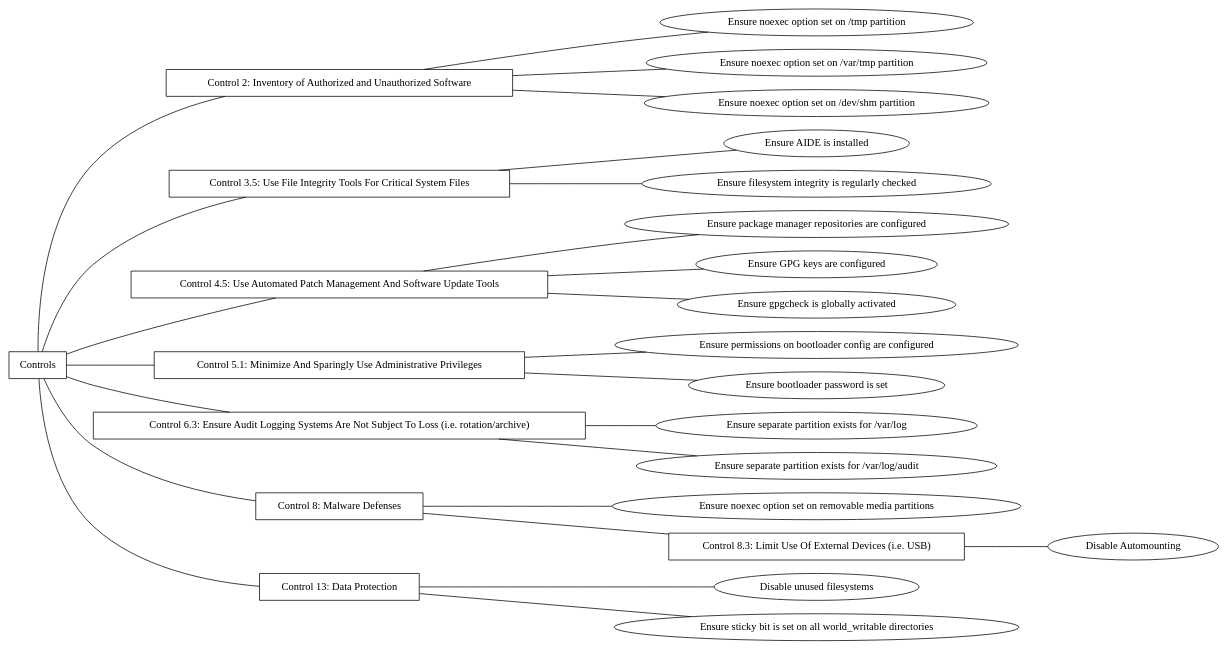
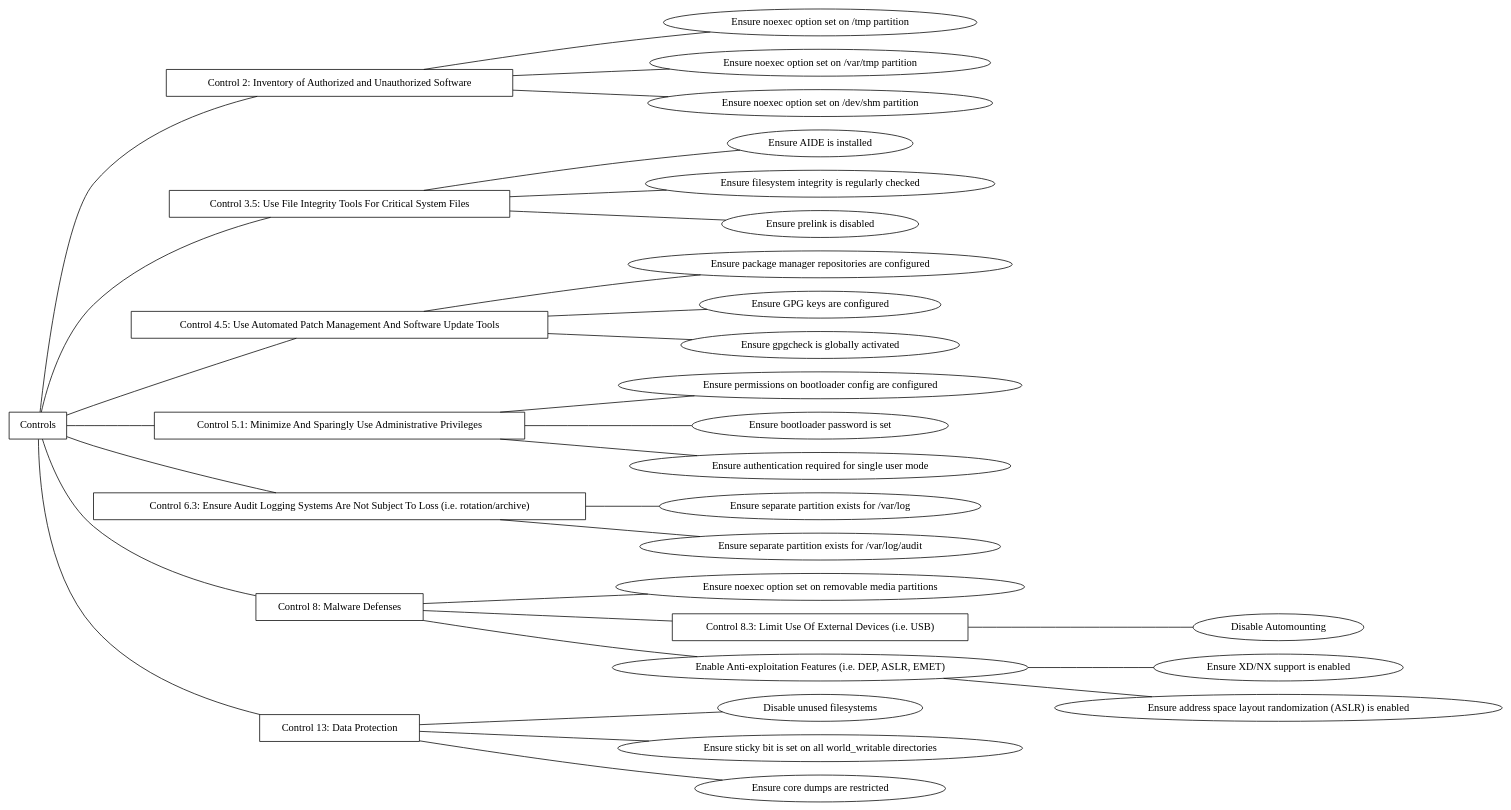
The diagram in control-examples.dot (cyber-range/cis-controls), drawn with Graphviz before and after one commit. The commit also changed 1 other file, not shown here.

```diff
--- a/control-examples.dot
+++ b/control-examples.dot
@@ -1,61 +1,74 @@
 graph controls {
     rankdir=LR;
 
     controls [label="Controls", shape=box]
 
     control_2 [label="Control 2: Inventory of Authorized and Unauthorized Software", shape=box]
     controls -- control_2
     tmp_noexec [label="Ensure noexec option set on /tmp partition"]
     control_2 -- tmp_noexec
     var_tmp_noexec [label="Ensure noexec option set on /var/tmp partition"]
     control_2 -- var_tmp_noexec
     dev_shm_noexec [label="Ensure noexec option set on /dev/shm partition"]
     control_2 -- dev_shm_noexec
 
     control_3_5 [label="Control 3.5: Use File Integrity Tools For Critical System Files", shape=box]
     controls -- control_3_5
     install_AIDE [label="Ensure AIDE is installed"]
     control_3_5 -- install_AIDE
     integrity_check [label="Ensure filesystem integrity is regularly checked"]
     control_3_5 -- integrity_check
+    prelink [label="Ensure prelink is disabled"]
+    control_3_5 -- prelink
 
     control_4_5 [label="Control 4.5: Use Automated Patch Management And Software Update Tools", shape=box]
     controls -- control_4_5
     config_yum [label="Ensure package manager repositories are configured"]
     control_4_5 -- config_yum
     yum_gpg [label="Ensure GPG keys are configured"]
     control_4_5 -- yum_gpg
     yum_gpg_check [label="Ensure gpgcheck is globally activated"]
     control_4_5 -- yum_gpg_check
 
     control_5_1 [label="Control 5.1: Minimize And Sparingly Use Administrative Privileges", shape=box]
     controls -- control_5_1
     bootloader_perms [label="Ensure permissions on bootloader config are configured"]
     control_5_1 -- bootloader_perms
     bootloader_passwd [label="Ensure bootloader password is set"]
     control_5_1 -- bootloader_passwd
+    single_user_mode_auth [label="Ensure authentication required for single user mode"]
+    control_5_1 -- single_user_mode_auth
 
     control_6_3 [label="Control 6.3: Ensure Audit Logging Systems Are Not Subject To Loss (i.e. rotation/archive)", shape=box]
     controls -- control_6_3
     var_log_partition [label="Ensure separate partition exists for /var/log"]
     control_6_3 -- var_log_partition
     var_log_audit_partition [label="Ensure separate partition exists for /var/log/audit"]
     control_6_3 -- var_log_audit_partition
 
     control_8 [label="Control 8: Malware Defenses", shape=box]
     controls -- control_8
     removable_media_noexec [label="Ensure noexec option set on removable media partitions"]
     control_8 -- removable_media_noexec
 
     control_8_3  [label="Control 8.3: Limit Use Of External Devices (i.e. USB)", shape=box]
     control_8 -- control_8_3
     disable_automounting [label="Disable Automounting"]
     control_8_3 -- disable_automounting
 
+    control_8_4 [label="Enable Anti-exploitation Features (i.e. DEP, ASLR, EMET)"]
+    control_8 -- control_8_4
+    no_execute [label="Ensure XD/NX support is enabled"]
+    control_8_4 -- no_execute
+    aslr [label="Ensure address space layout randomization (ASLR) is enabled"]
+    control_8_4 -- aslr
+
     control_13 [label="Control 13: Data Protection", shape=box]
     controls -- control_13
     disbale_fs [label="Disable unused filesystems"]
     control_13 -- disbale_fs
     sticky_bit [label="Ensure sticky bit is set on all world_writable directories"]
     control_13 -- sticky_bit
+    core_dump [label="Ensure core dumps are restricted"]
+    control_13 -- core_dump
 }
```
